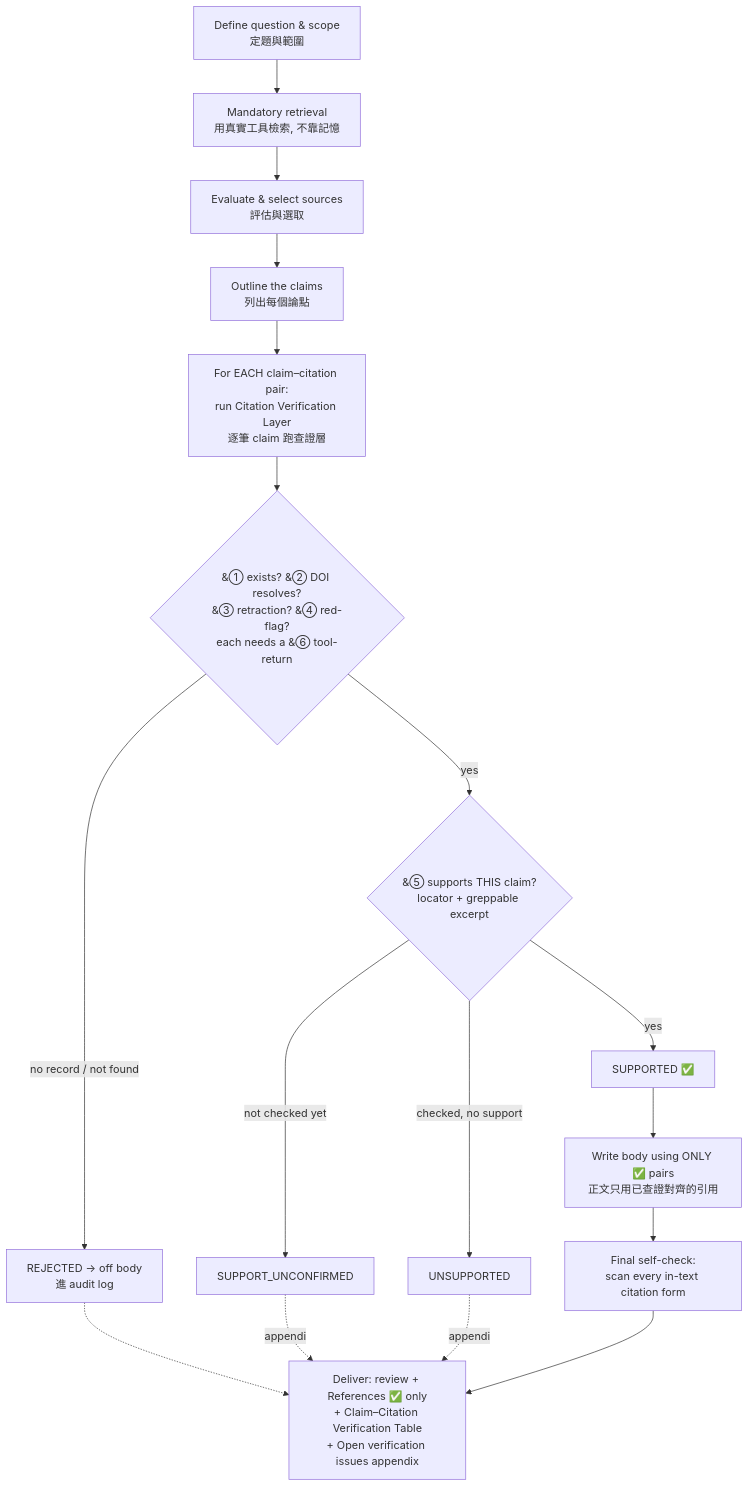
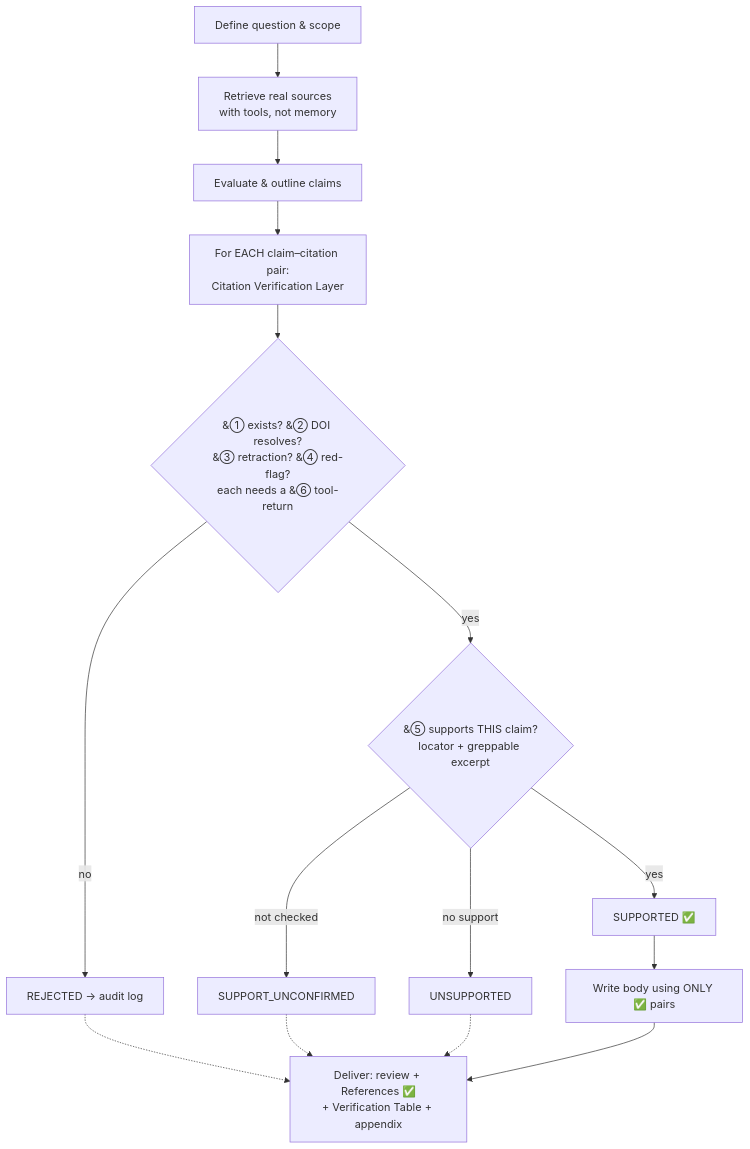
Before and after one commit to ganma0517/literature-review-hardened: the diagram in README.md, drawn with Mermaid. The commit also changed other lines of this file, not shown here.

````diff
--- a/README.md
+++ b/README.md
@@ -13,19 +12,17 @@
 ```mermaid
 flowchart TD
-    A[Define question &amp; scope<br/>定題與範圍] --> B[Mandatory retrieval<br/>用真實工具檢索, 不靠記憶]
-    B --> C[Evaluate &amp; select sources<br/>評估與選取]
-    C --> D[Outline the claims<br/>列出每個論點]
-    D --> E[For EACH claim–citation pair:<br/>run Citation Verification Layer<br/>逐筆 claim 跑查證層]
-    E --> F{&#9312; exists? &#9313; DOI resolves?<br/>&#9314; retraction? &#9315; red-flag?<br/>each needs a &#9317; tool-return}
-    F -->|no record / not found| R[REJECTED → off body<br/>進 audit log]
-    F -->|yes| G{&#9316; supports THIS claim?<br/>locator + greppable excerpt}
-    G -->|not checked yet| U1[SUPPORT_UNCONFIRMED]
-    G -->|checked, no support| U2[UNSUPPORTED]
-    G -->|yes| S[SUPPORTED ✅]
-    S --> H[Write body using ONLY ✅ pairs<br/>正文只用已查證對齊的引用]
-    H --> I[Final self-check:<br/>scan every in-text citation form]
-    I --> J[Deliver: review + References ✅ only<br/>+ Claim–Citation Verification Table<br/>+ Open verification issues appendix]
-    R -.-> J
-    U1 -.appendix.-> J
-    U2 -.appendix.-> J
+    A[Define question &amp; scope] --> B[Retrieve real sources<br/>with tools, not memory]
+    B --> C[Evaluate &amp; outline claims]
+    C --> D[For EACH claim–citation pair:<br/>Citation Verification Layer]
+    D --> E{&#9312; exists? &#9313; DOI resolves?<br/>&#9314; retraction? &#9315; red-flag?<br/>each needs a &#9317; tool-return}
+    E -->|no| R[REJECTED → audit log]
+    E -->|yes| F{&#9316; supports THIS claim?<br/>locator + greppable excerpt}
+    F -->|not checked| U1[SUPPORT_UNCONFIRMED]
+    F -->|no support| U2[UNSUPPORTED]
+    F -->|yes| S[SUPPORTED ✅]
+    S --> G[Write body using ONLY ✅ pairs]
+    G --> H[Deliver: review + References ✅<br/>+ Verification Table + appendix]
+    R -.-> H
+    U1 -.-> H
+    U2 -.-> H
 ```
````
